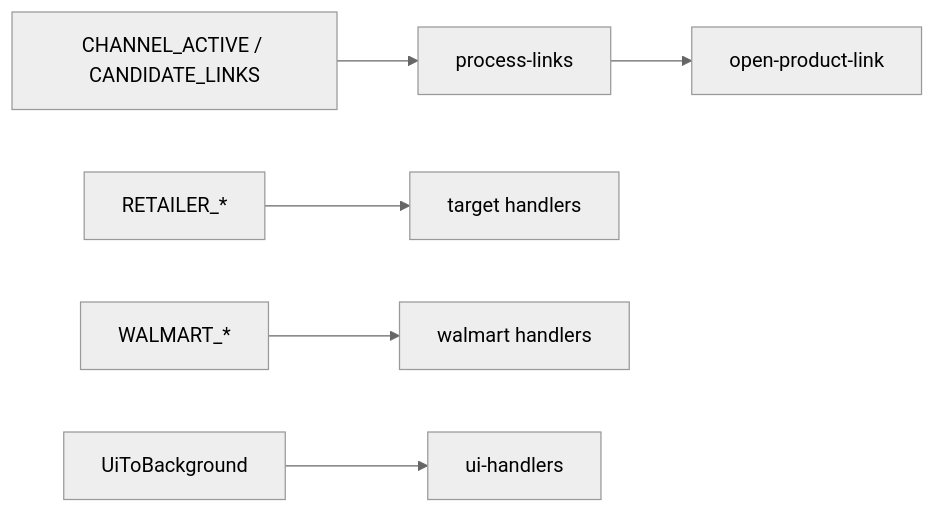
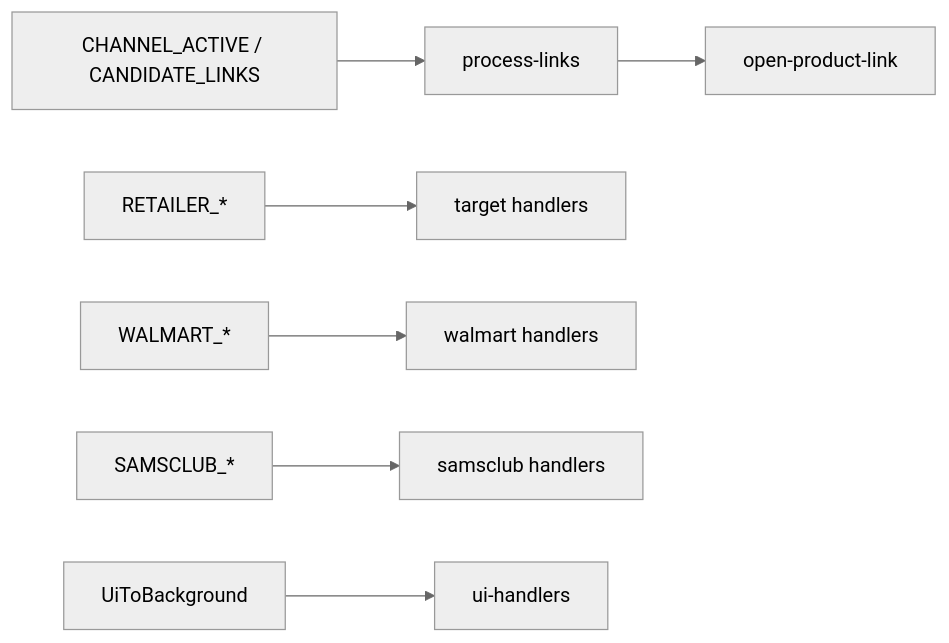
One commit to Quarks-1/CookieScripts changed the diagram in extension/core/AGENTS.md. Above: the diagram before and after it, drawn with Mermaid (neutral theme). The commit also changed other lines of this file and 2 other files, not shown here.

````diff
--- a/extension/core/AGENTS.md
+++ b/extension/core/AGENTS.md
@@ -40,8 +40,9 @@
 ```mermaid
 flowchart LR
   discord[CHANNEL_ACTIVE / CANDIDATE_LINKS] --> processLinks[process-links]
   processLinks --> openTab[open-product-link]
   retailer[RETAILER_*] --> domainTarget[target handlers]
   walmart[WALMART_*] --> domainWalmart[walmart handlers]
+  samsclub[SAMSCLUB_*] --> domainSamsclub[samsclub handlers]
   ui[UiToBackground] --> uiHandlers[ui-handlers]
 ```
````
